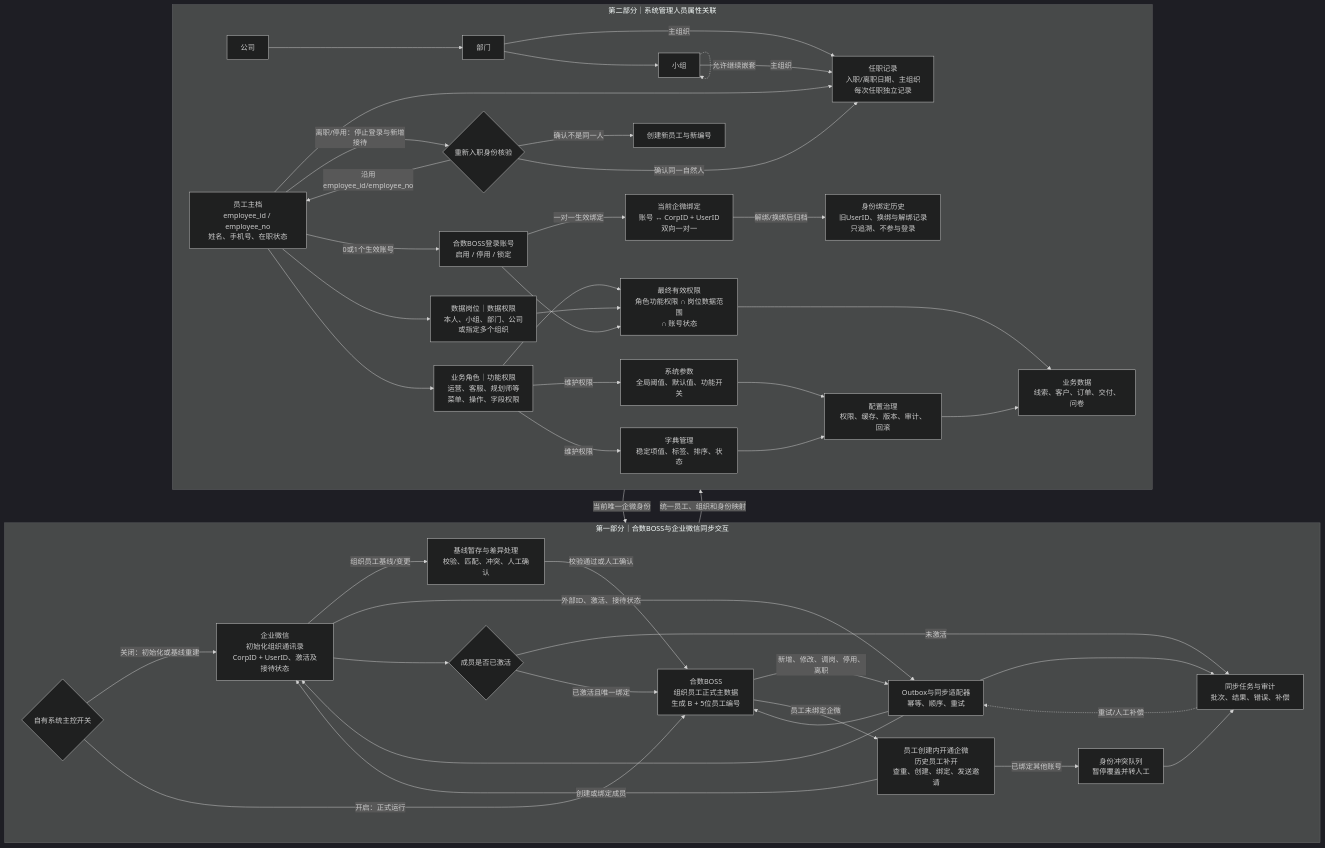
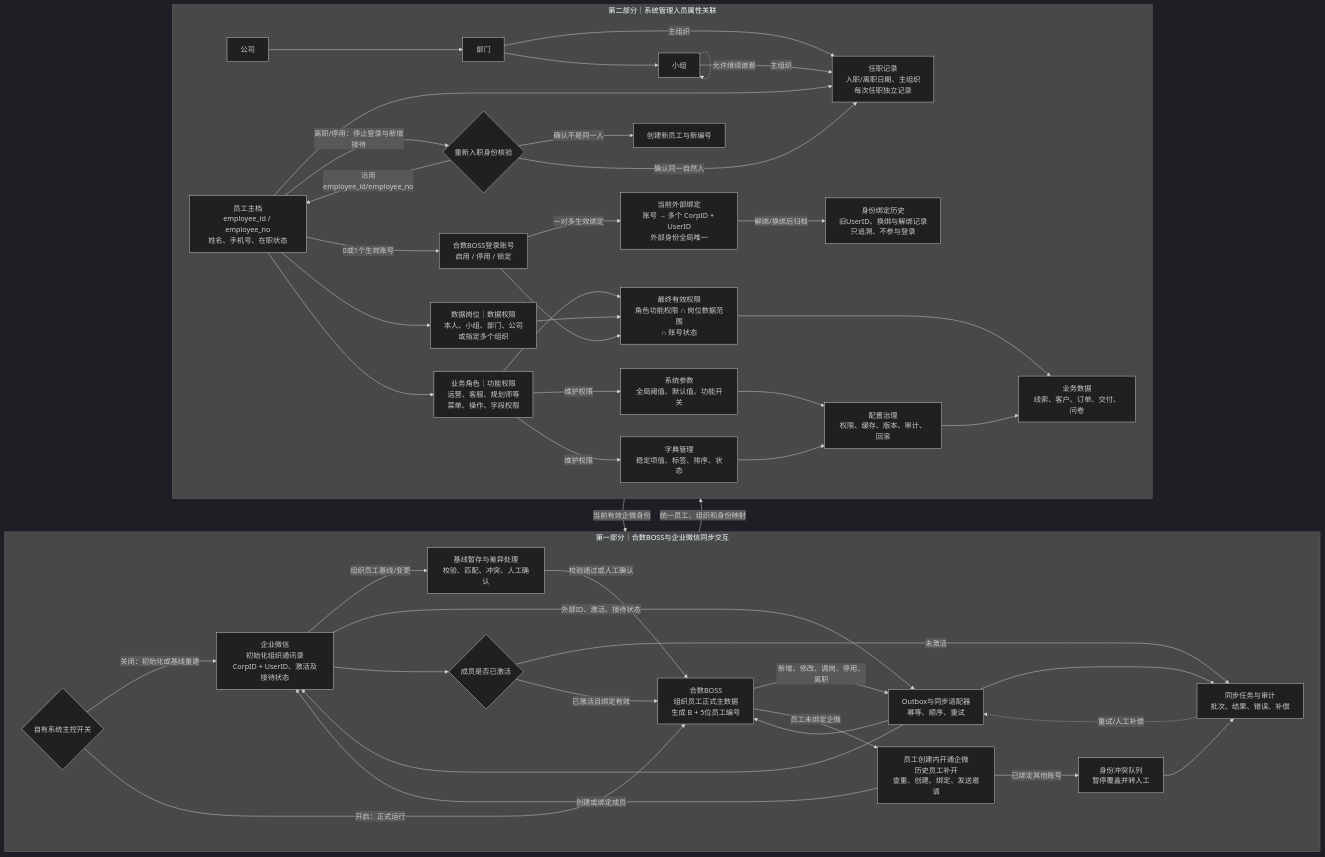
The second of 4 diagrams in docs/product/合数BOSS V1.0系统管理与业务配置需求文档.md (freya-pr/heshu-boss-demo), drawn with Mermaid (dark theme) before and after one commit. The commit also changed other lines of this file and 32 other files, not shown here.

````diff
--- a/docs/product/合数BOSS V1.0系统管理与业务配置需求文档.md
+++ b/docs/product/合数BOSS V1.0系统管理与业务配置需求文档.md
@@ -101,77 +103,77 @@
 ```mermaid
 flowchart TB
     subgraph SYNC_AREA["第一部分｜合数BOSS与企业微信同步交互"]
         direction LR
         WECOM["企业微信<br/>初始化组织通讯录<br/>CorpID + UserID、激活及接待状态"]
         SWITCH{"自有系统主控开关"}
         STAGE["基线暂存与差异处理<br/>校验、匹配、冲突、人工确认"]
         BOSS["合数BOSS<br/>组织员工正式主数据<br/>生成 B + 5位员工编号"]
         OUTBOX["Outbox与同步适配器<br/>幂等、顺序、重试"]
         PROVISION["员工创建内开通企微<br/>历史员工补开<br/>查重、创建、绑定、发送邀请"]
         ACTIVE{"成员是否已激活"}
         CONFLICT["身份冲突队列<br/>暂停覆盖并转人工"]
         AUDIT["同步任务与审计<br/>批次、结果、错误、补偿"]
 
         SWITCH -->|"关闭：初始化或基线重建"| WECOM
         WECOM -->|"组织员工基线/变更"| STAGE
         STAGE -->|"校验通过或人工确认"| BOSS
         SWITCH -->|"开启：正式运行"| BOSS
         BOSS -->|"新增、修改、调岗、停用、离职"| OUTBOX
         OUTBOX --> WECOM
         WECOM -->|"外部ID、激活、接待状态"| OUTBOX
         OUTBOX --> BOSS
         BOSS -->|"员工未绑定企微"| PROVISION
         PROVISION -->|"已绑定其他账号"| CONFLICT
         PROVISION -->|"创建或绑定成员"| WECOM
         WECOM --> ACTIVE
         ACTIVE -->|"未激活"| AUDIT
-        ACTIVE -->|"已激活且唯一绑定"| BOSS
+        ACTIVE -->|"已激活且绑定有效"| BOSS
         OUTBOX --> AUDIT
         CONFLICT --> AUDIT
         AUDIT -. "重试/人工补偿" .-> OUTBOX
     end
 
     subgraph PERSON_AREA["第二部分｜系统管理人员属性关联"]
         direction LR
         COMPANY["公司"] --> DEPT["部门"] --> GROUP["小组"]
         GROUP -. "允许继续嵌套" .-> GROUP
         EMP["员工主档<br/>employee_id / employee_no<br/>姓名、手机号、在职状态"]
         EMPLOYMENT["任职记录<br/>入职/离职日期、主组织<br/>每次任职独立记录"]
         ACCOUNT["合数BOSS登录账号<br/>启用 / 停用 / 锁定"]
-        IDENTITY["当前企微绑定<br/>账号 ↔ CorpID + UserID<br/>双向一对一"]
+        IDENTITY["当前外部绑定<br/>账号 → 多个 CorpID + UserID<br/>外部身份全局唯一"]
         IDENTITY_HISTORY["身份绑定历史<br/>旧UserID、换绑与解绑记录<br/>只追溯、不参与登录"]
         ROLE["业务角色｜功能权限<br/>运营、客服、规划师等<br/>菜单、操作、字段权限"]
         POSITION["数据岗位｜数据权限<br/>本人、小组、部门、公司<br/>或指定多个组织"]
         EFFECTIVE["最终有效权限<br/>角色功能权限 ∩ 岗位数据范围<br/>∩ 账号状态"]
         BUSINESS["业务数据<br/>线索、客户、订单、交付、问卷"]
         REHIRE{"重新入职身份核验"}
         PARAM["系统参数<br/>全局阈值、默认值、功能开关"]
         DICT["字典管理<br/>稳定项值、标签、排序、状态"]
         CFG["配置治理<br/>权限、缓存、版本、审计、回滚"]
 
         DEPT -->|"主组织"| EMPLOYMENT
         GROUP -->|"主组织"| EMPLOYMENT
         EMP --> EMPLOYMENT
         EMP -->|"0或1个生效账号"| ACCOUNT
-        ACCOUNT -->|"一对一生效绑定"| IDENTITY
+        ACCOUNT -->|"一对多生效绑定"| IDENTITY
         IDENTITY -->|"解绑/换绑后归档"| IDENTITY_HISTORY
         EMP --> ROLE
         EMP --> POSITION
         ROLE --> EFFECTIVE
         POSITION --> EFFECTIVE
         ACCOUNT --> EFFECTIVE
         EFFECTIVE --> BUSINESS
         EMP -->|"离职/停用：停止登录与新增接待"| REHIRE
         REHIRE -->|"确认同一自然人"| EMPLOYMENT
         REHIRE -->|"沿用employee_id/employee_no"| EMP
         REHIRE -->|"确认不是同一人"| NEWEMP["创建新员工与新编号"]
         ROLE -->|"维护权限"| PARAM
         ROLE -->|"维护权限"| DICT
         PARAM --> CFG
         DICT --> CFG
         CFG --> BUSINESS
     end
 
     BOSS -->|"统一员工、组织和身份映射"| EMP
-    IDENTITY -->|"当前唯一企微身份"| WECOM
+    IDENTITY -->|"当前有效企微身份"| WECOM
 ```
````
